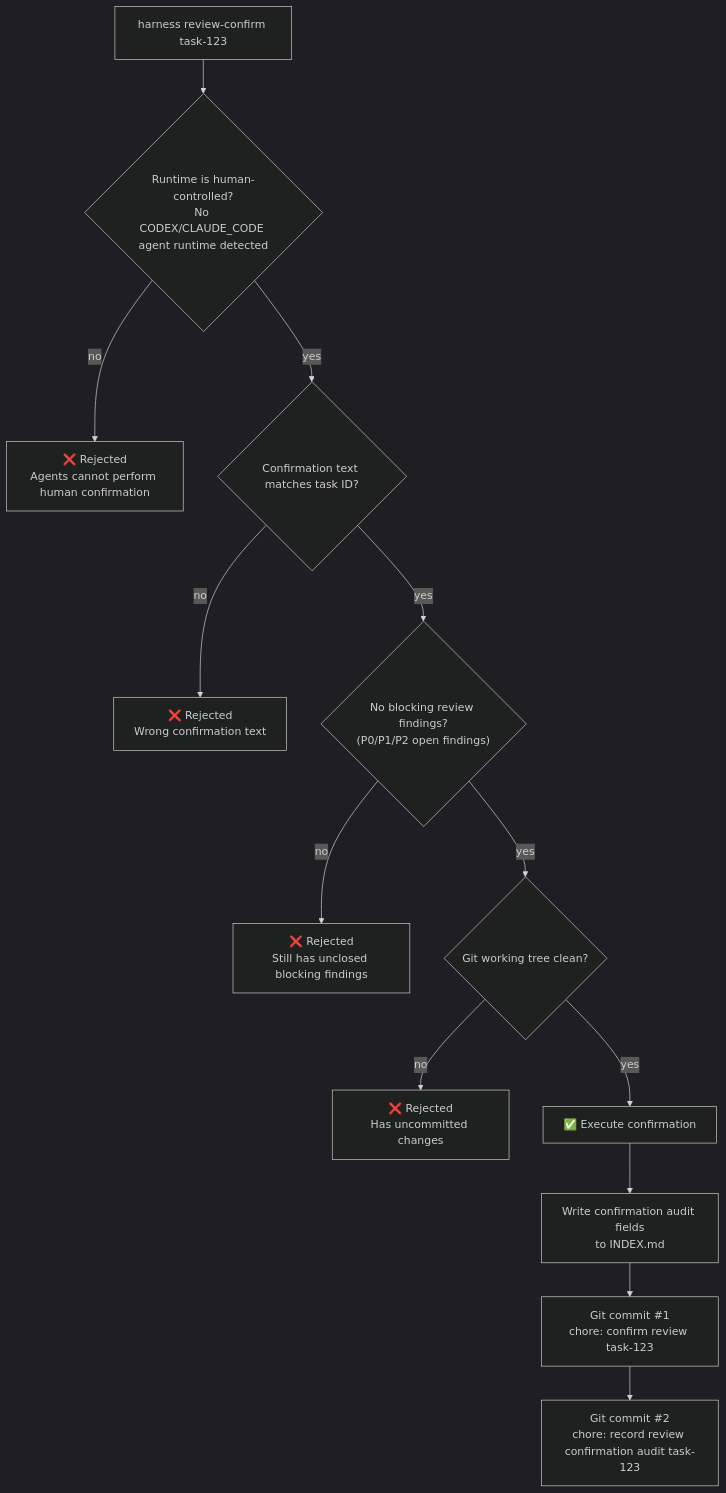
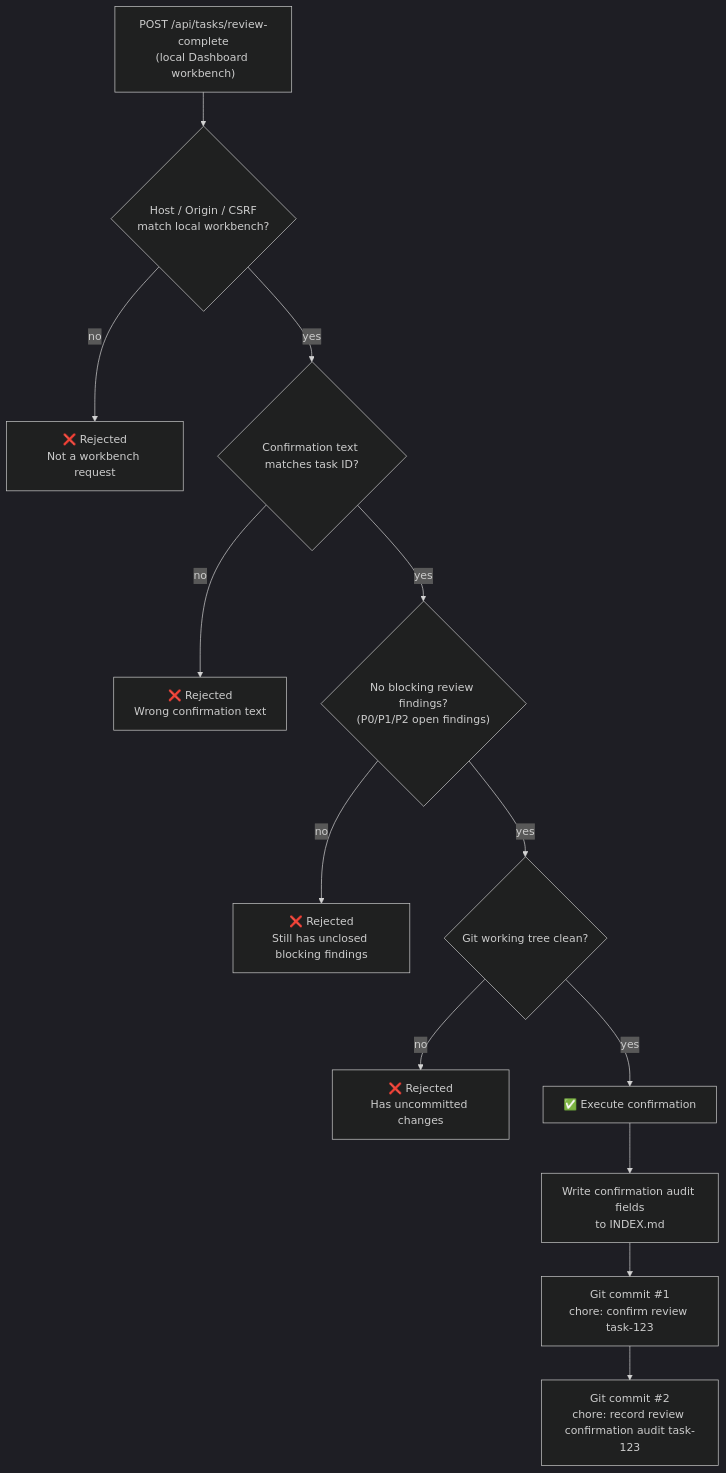
The fourth of 6 diagrams in docs-release/architecture/system-explainer/en-US/03-task-lifecycle.md (FairladyZ625/coding-agent-harness), drawn with Mermaid (dark theme) before and after one commit. The commit also changed other lines of this file and 33 other files, not shown here.

Commit message:
fix: route review confirmation through dashboard

````diff
--- a/docs-release/architecture/system-explainer/en-US/03-task-lifecycle.md
+++ b/docs-release/architecture/system-explainer/en-US/03-task-lifecycle.md
@@ -97,18 +97,18 @@
 ```mermaid
 flowchart TD
-  Trigger["harness review-confirm task-123"]
+  Trigger["POST /api/tasks/review-complete\n(local Dashboard workbench)"]
 
-  Trigger --> A1{"Runtime is human-controlled?\nNo CODEX/CLAUDE_CODE agent runtime detected"}
-  A1 -->|"no"| EA["❌ Rejected\nAgents cannot perform human confirmation"]
+  Trigger --> A1{"Host / Origin / CSRF\nmatch local workbench?"}
+  A1 -->|"no"| EA["❌ Rejected\nNot a workbench request"]
   A1 -->|"yes"| C1{"Confirmation text matches task ID?"}
   C1 -->|"no"| E1["❌ Rejected\nWrong confirmation text"]
   C1 -->|"yes"| C2{"No blocking review findings?\n(P0/P1/P2 open findings)"}
   C2 -->|"no"| E2["❌ Rejected\nStill has unclosed blocking findings"]
   C2 -->|"yes"| C3{"Git working tree clean?"}
   C3 -->|"no"| E3["❌ Rejected\nHas uncommitted changes"]
   C3 -->|"yes"| Exec["✅ Execute confirmation"]
 
   Exec --> Write1["Write confirmation audit fields\nto INDEX.md"]
   Write1 --> Commit1["Git commit #1\nchore: confirm review task-123"]
   Commit1 --> Commit2["Git commit #2\nchore: record review confirmation audit task-123"]
 ```
````
